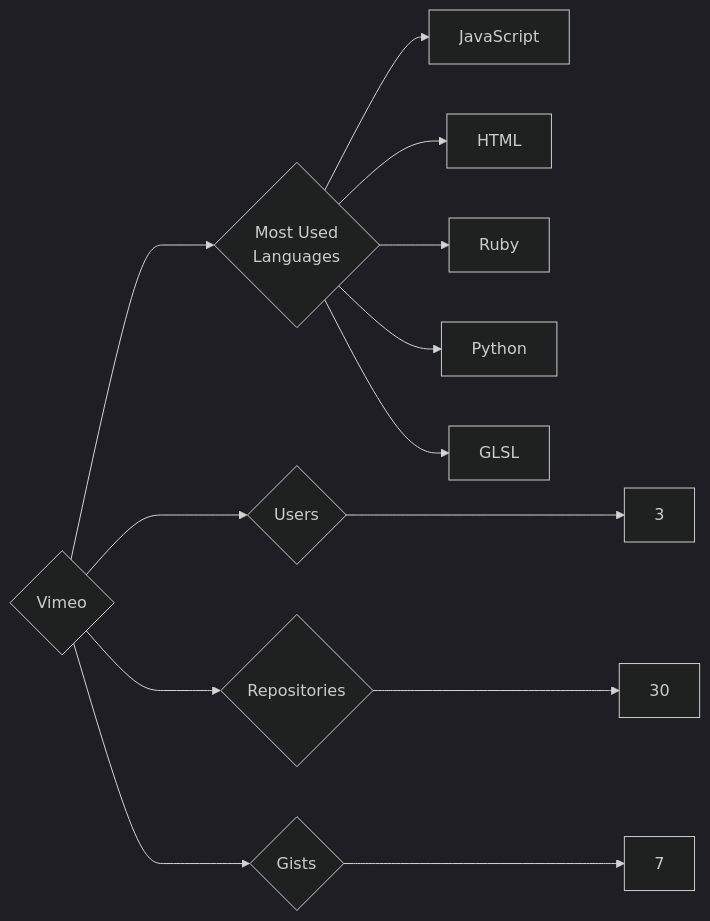
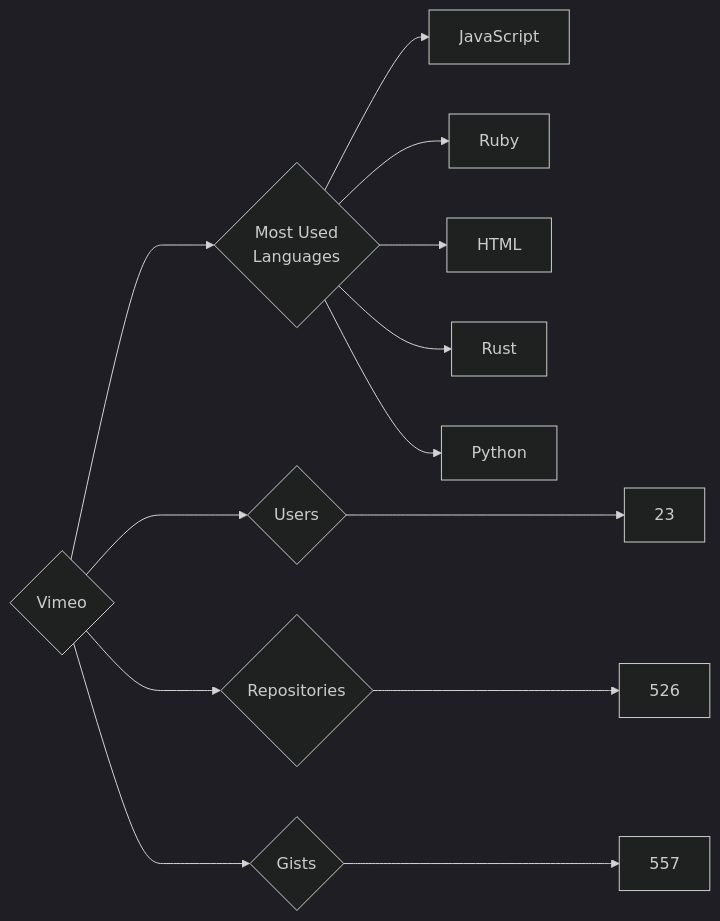
The diagram in targets/Vimeo/README.md (trickest/insiders), drawn with Mermaid (dark theme) before and after one commit. The commit also changed 871 other files, not shown here.

````diff
--- a/targets/Vimeo/README.md
+++ b/targets/Vimeo/README.md
@@ -3,13 +3,13 @@
 ```mermaid
 graph LR
 COMPANY_NAME{Vimeo}
-COMPANY_NAME ---> U{Users} ---> UN[3]
-COMPANY_NAME ---> R{Repositories} ---> RN[30]
-COMPANY_NAME ---> G{Gists} ---> GN[7]
+COMPANY_NAME ---> U{Users} ---> UN[23]
+COMPANY_NAME ---> R{Repositories} ---> RN[526]
+COMPANY_NAME ---> G{Gists} ---> GN[557]
 COMPANY_NAME ---> ML{Most Used<br>Languages}
 ML --> JavaScript[JavaScript]
+ML --> Ruby[Ruby]
 ML --> HTML[HTML]
-ML --> Ruby[Ruby]
+ML --> Rust[Rust]
 ML --> Python[Python]
-ML --> GLSL[GLSL]
 ```
````
